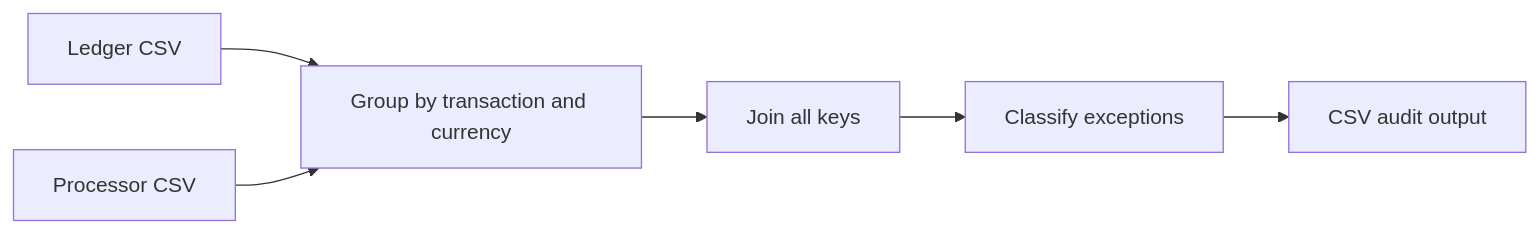
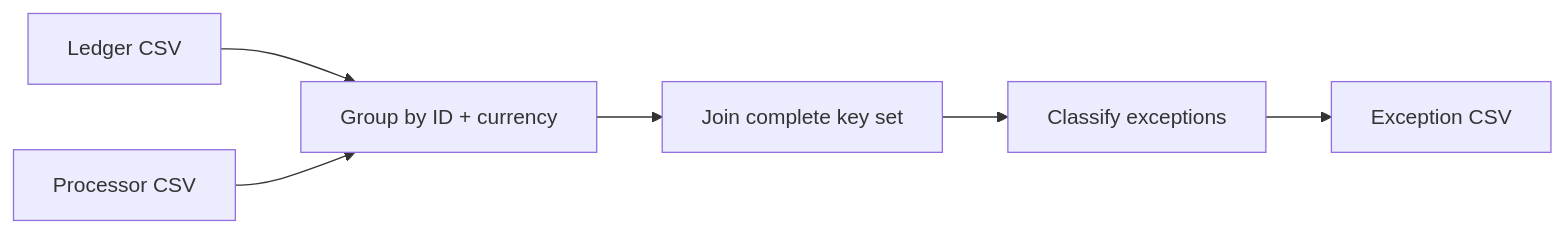
Before and after one commit to gparthee/sql-financial-reconciliation: the diagram in README.md, drawn with Mermaid. The commit also changed other lines of this file, not shown here.

````diff
--- a/README.md
+++ b/README.md
@@ -9,8 +12,8 @@
 ```mermaid
 flowchart LR
-  A[Ledger CSV] --> C[Group by transaction and currency]
-  B[Processor CSV] --> C
-  C --> D[Join all keys]
-  D --> E[Classify exceptions]
-  E --> F[CSV audit output]
+  Ledger[Ledger CSV] --> Aggregate[Group by ID + currency]
+  Processor[Processor CSV] --> Aggregate
+  Aggregate --> Join[Join complete key set]
+  Join --> Flag[Classify exceptions]
+  Flag --> Audit[Exception CSV]
 ```
````
